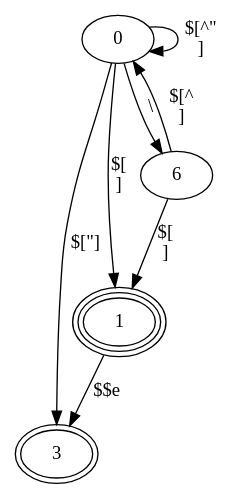
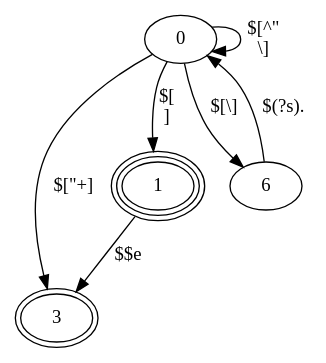
The diagram in lua/string_constant_2.dot (aoyako/682-Lexer), drawn with Graphviz before and after one commit. The commit also changed 12 other files, not shown here.

Commit message:
Add tag diagrams

```diff
--- a/lua/string_constant_2.dot
+++ b/lua/string_constant_2.dot
@@ -1,13 +1,12 @@
 digraph string_constant_2 {
     3 [peripheries=2]
     1 [peripheries=3]
 
-    0 -> 3 [label="$[\"]"]
-    0 -> 6 [label="\\"]
-    6 -> 0 [label="$[^\n]"]
-    0 -> 0 [label="$[^\"\n]"]
+    0 -> 3 [label="$[\"+]"]
+    0 -> 6 [label="$[\\]"]
+    6 -> 0 [label="$(?s)."]
+    0 -> 0 [label="$[^\"\n\\]"]
 
     0 -> 1 [label="$[\n]"]
-    6 -> 1 [label="$[\n]"]
     1 -> 3 [label="$$e"]
 }
```
